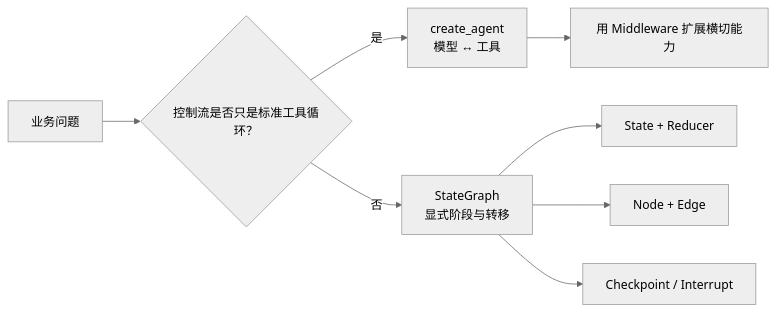
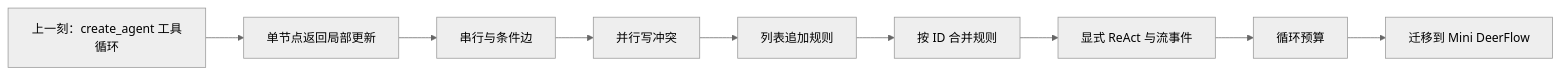
Before and after one commit to Chengyunlai/langchain-logbook: the first of 2 diagrams in docs-site/src/data/blog/07_StateGraph.md, drawn with Mermaid (neutral theme). The commit also changed other lines of this file and 11 other files, not shown here.

````diff
--- a/docs-site/src/data/blog/07_StateGraph.md
+++ b/docs-site/src/data/blog/07_StateGraph.md
@@ -29,10 +31,11 @@
 ```mermaid
 flowchart LR
-    Q["业务问题"] --> D{"控制流是否只是标准工具循环？"}
-    D -->|"是"| A["create_agent<br/>模型 ↔ 工具"]
-    D -->|"否"| G["StateGraph<br/>显式阶段与转移"]
-    A --> E["用 Middleware 扩展横切能力"]
-    G --> S["State + Reducer"]
-    G --> N["Node + Edge"]
-    G --> P["Checkpoint / Interrupt"]
+    A["上一刻：create_agent 工具循环"] --> B["单节点返回局部更新"]
+    B --> C["串行与条件边"]
+    C --> D["并行写冲突"]
+    D --> E["列表追加规则"]
+    E --> F["按 ID 合并规则"]
+    F --> G["显式 ReAct 与流事件"]
+    G --> H["循环预算"]
+    H --> I["迁移到 Mini DeerFlow"]
 ```
````
